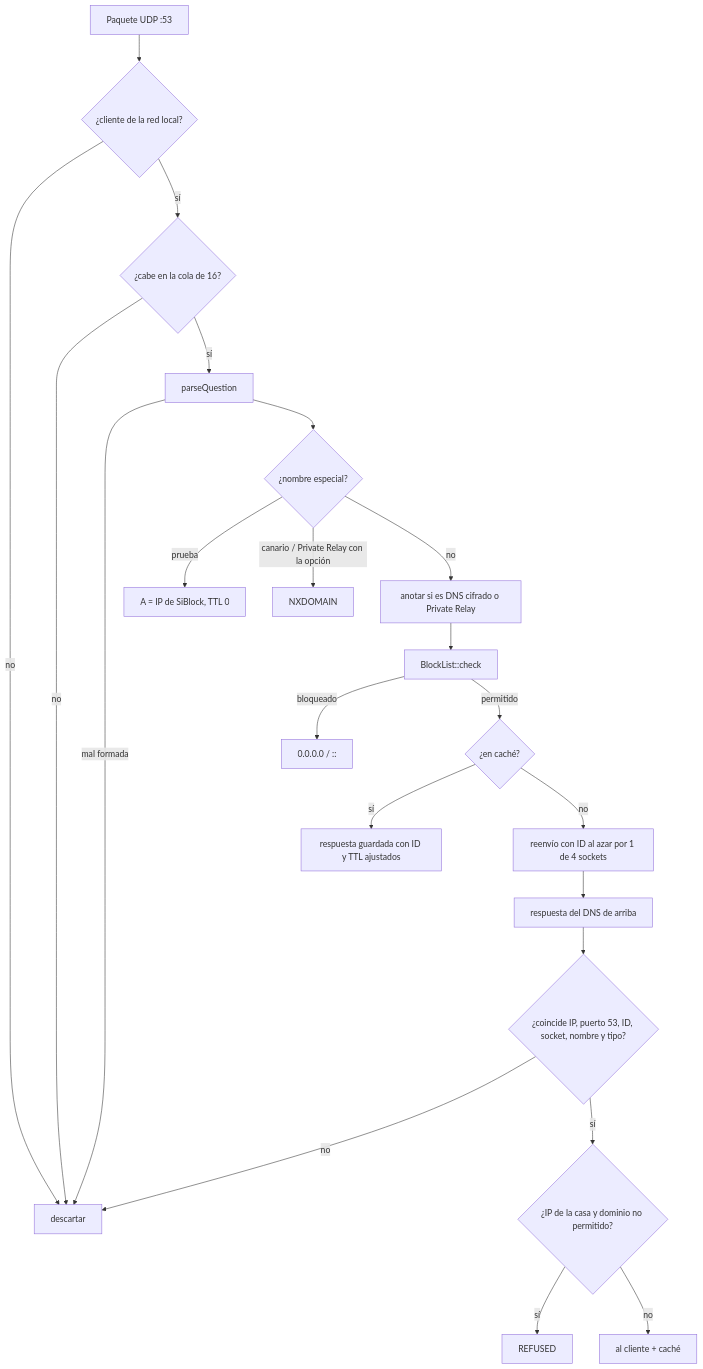
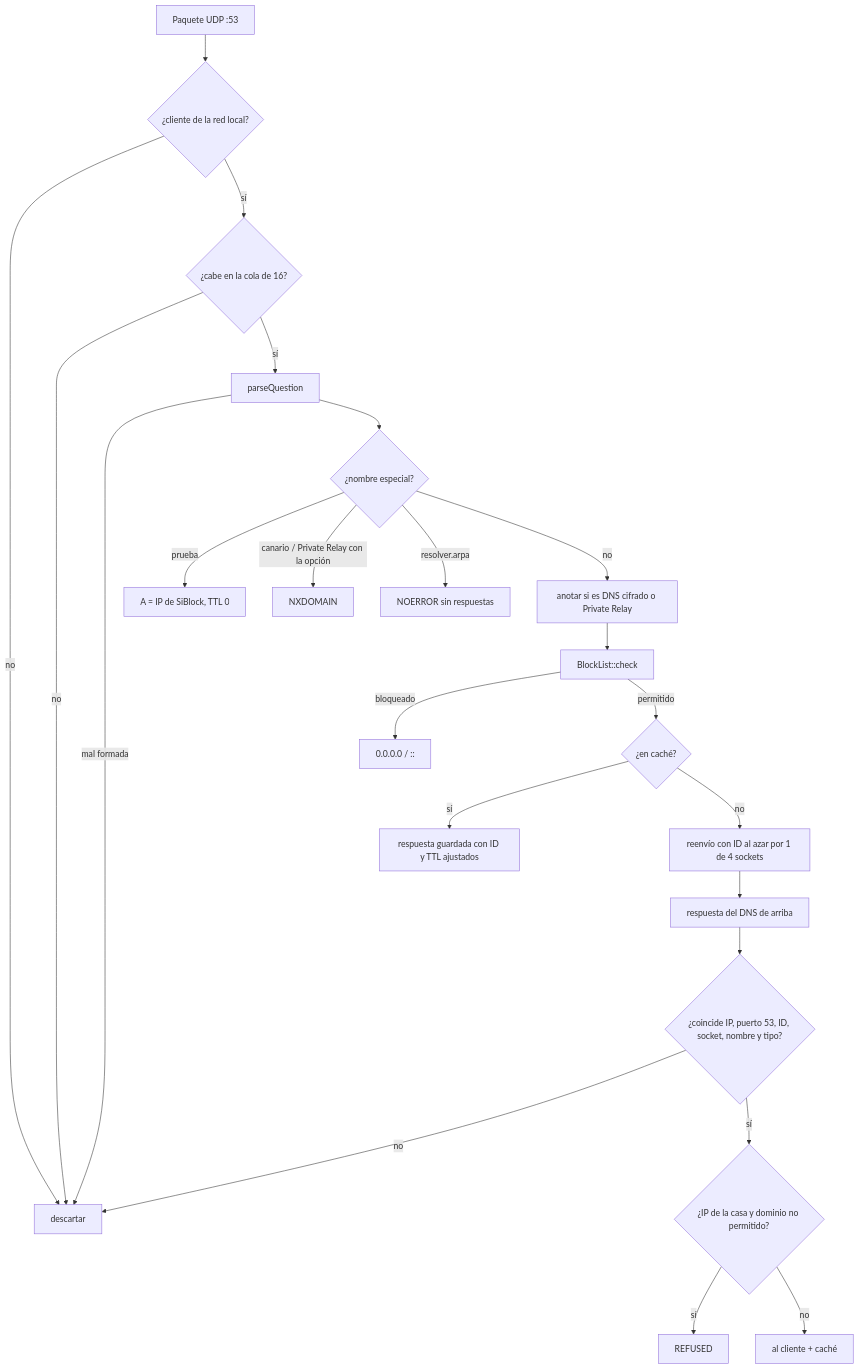
The diagram in docs/dns.md (Sibajx/esp32-adblock), drawn with Mermaid before and after one commit. The commit also changed other lines of this file and 20 other files, not shown here.

````diff
--- a/docs/dns.md
+++ b/docs/dns.md
@@ -3,24 +3,25 @@
 ```mermaid
 flowchart TD
   P[Paquete UDP :53] --> L{¿cliente de la red local?}
   L -- no --> X[descartar]
   L -- sí --> Q{¿cabe en la cola de 16?}
   Q -- no --> X
   Q -- sí --> PA[parseQuestion]
   PA -- mal formada --> X
   PA --> SP{¿nombre especial?}
   SP -- prueba --> RP[A = IP de SiBlock, TTL 0]
   SP -- canario / Private Relay con la opción --> NX[NXDOMAIN]
+  SP -- resolver.arpa --> ND[NOERROR sin respuestas]
   SP -- no --> BY[anotar si es DNS cifrado o Private Relay]
   BY --> V[BlockList::check]
   V -- bloqueado --> R0[0.0.0.0 / ::]
   V -- permitido --> C{¿en caché?}
   C -- sí --> RC[respuesta guardada con ID y TTL ajustados]
   C -- no --> F[reenvío con ID al azar por 1 de 4 sockets]
   F --> UP[respuesta del DNS de arriba]
   UP --> VAL{¿coincide IP, puerto 53, ID, socket, nombre y tipo?}
   VAL -- no --> X
   VAL -- sí --> RB{¿IP de la casa y dominio no permitido?}
   RB -- sí --> RF[REFUSED]
   RB -- no --> OK[al cliente + caché]
 ```
````
